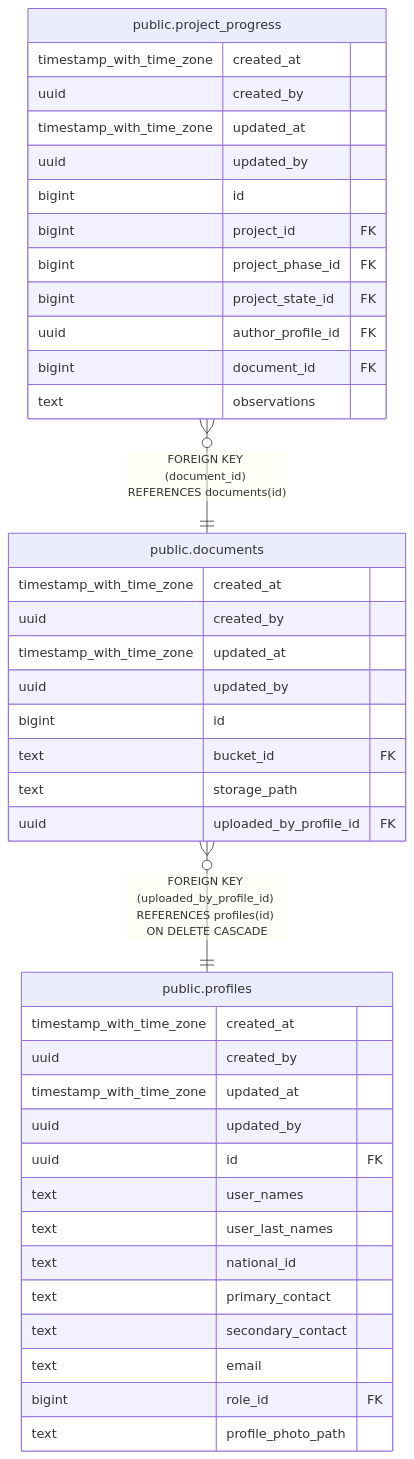
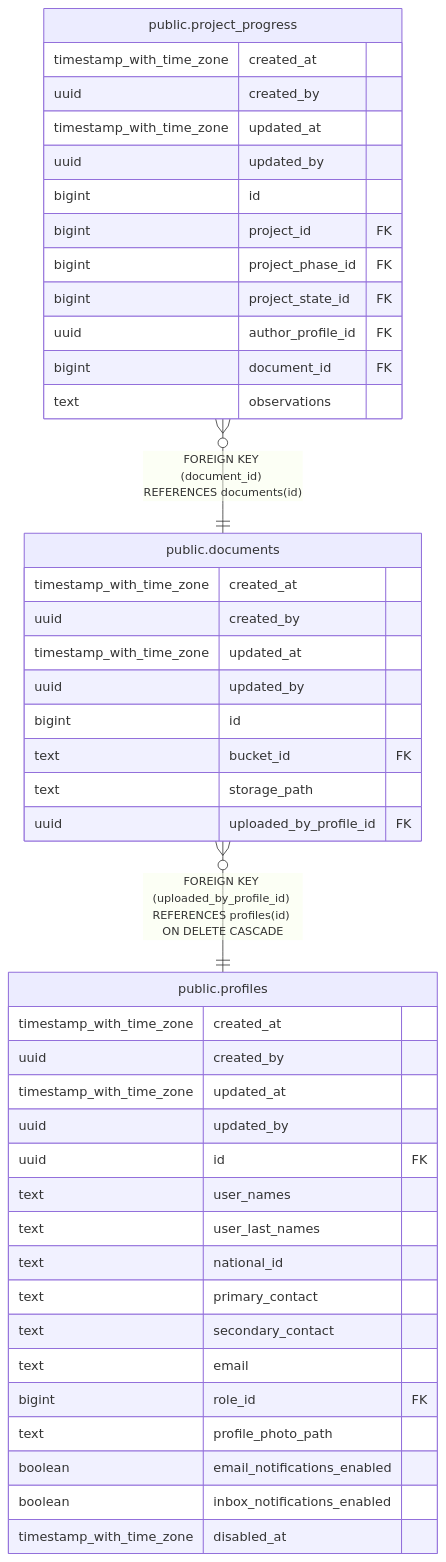
The diagram in docs/db/tbls/public.documents.md (icristianhernandez/academic-service-backend), drawn with Mermaid before and after one commit. The commit also changed 27 other files, not shown here.

````diff
--- a/docs/db/tbls/public.documents.md
+++ b/docs/db/tbls/public.documents.md
@@ -43,45 +43,48 @@
 ```mermaid
 erDiagram
 
 "public.project_progress" }o--|| "public.documents" : "FOREIGN KEY (document_id) REFERENCES documents(id)"
 "public.documents" }o--|| "public.profiles" : "FOREIGN KEY (uploaded_by_profile_id) REFERENCES profiles(id) ON DELETE CASCADE"
 
 "public.documents" {
   timestamp_with_time_zone created_at ""
   uuid created_by ""
   timestamp_with_time_zone updated_at ""
   uuid updated_by ""
   bigint id ""
   text bucket_id FK ""
   text storage_path ""
   uuid uploaded_by_profile_id FK ""
 }
 "public.project_progress" {
   timestamp_with_time_zone created_at ""
   uuid created_by ""
   timestamp_with_time_zone updated_at ""
   uuid updated_by ""
   bigint id ""
   bigint project_id FK ""
   bigint project_phase_id FK ""
   bigint project_state_id FK ""
   uuid author_profile_id FK ""
   bigint document_id FK ""
   text observations ""
 }
 "public.profiles" {
   timestamp_with_time_zone created_at ""
   uuid created_by ""
   timestamp_with_time_zone updated_at ""
   uuid updated_by ""
   uuid id FK ""
   text user_names ""
   text user_last_names ""
   text national_id ""
   text primary_contact ""
   text secondary_contact ""
   text email ""
   bigint role_id FK ""
   text profile_photo_path ""
+  boolean email_notifications_enabled ""
+  boolean inbox_notifications_enabled ""
+  timestamp_with_time_zone disabled_at ""
 }
 ```
````
